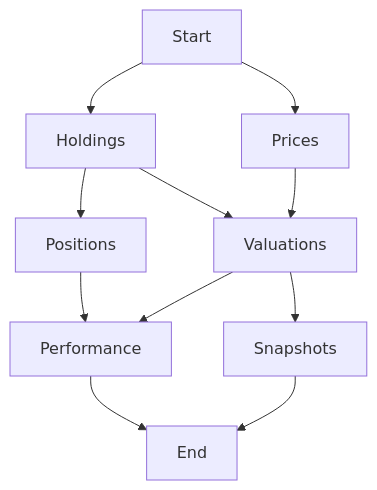
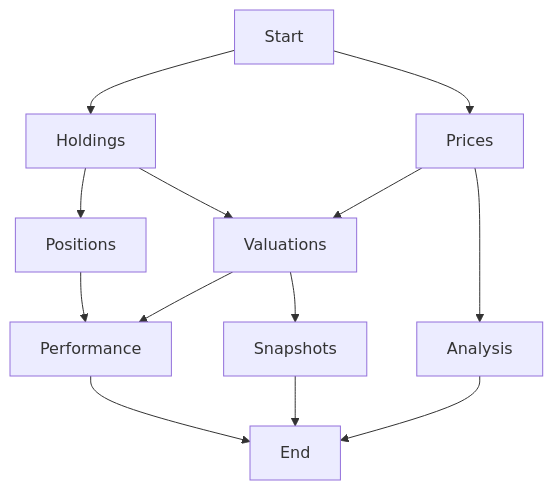
Before and after one commit to ianfnelson/hoard: the diagram in docs/close-of-day.mermaid, drawn with Mermaid. The commit also changed 26 other files, not shown here.

```diff
--- a/docs/close-of-day.mermaid
+++ b/docs/close-of-day.mermaid
@@ -1,11 +1,13 @@
 flowchart TD
     A[Start] --> B[Holdings]
     A --> C[Prices]
     B --> D[Positions]
     B --> E[Valuations]
     C --> E
+    C --> I[Analysis]
     E --> F[Performance]
-    D --> F 
+    D --> F
     E --> G[Snapshots]
     F --> H[End]
     G --> H
+    I --> H
```
